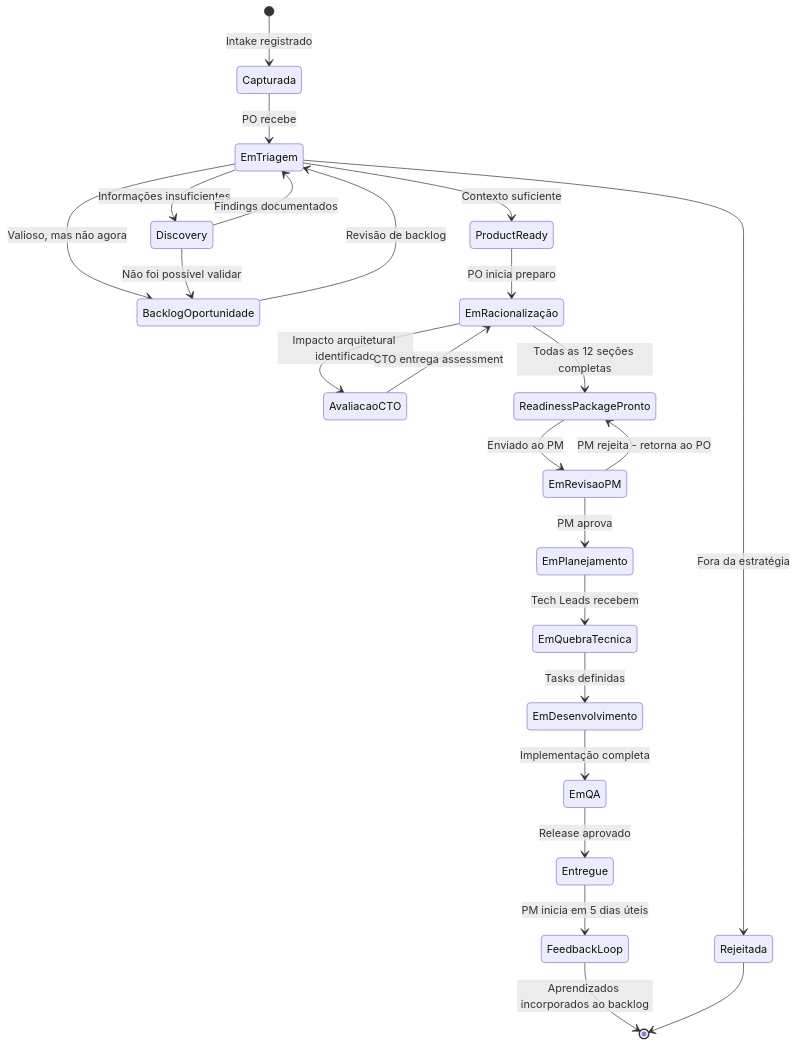
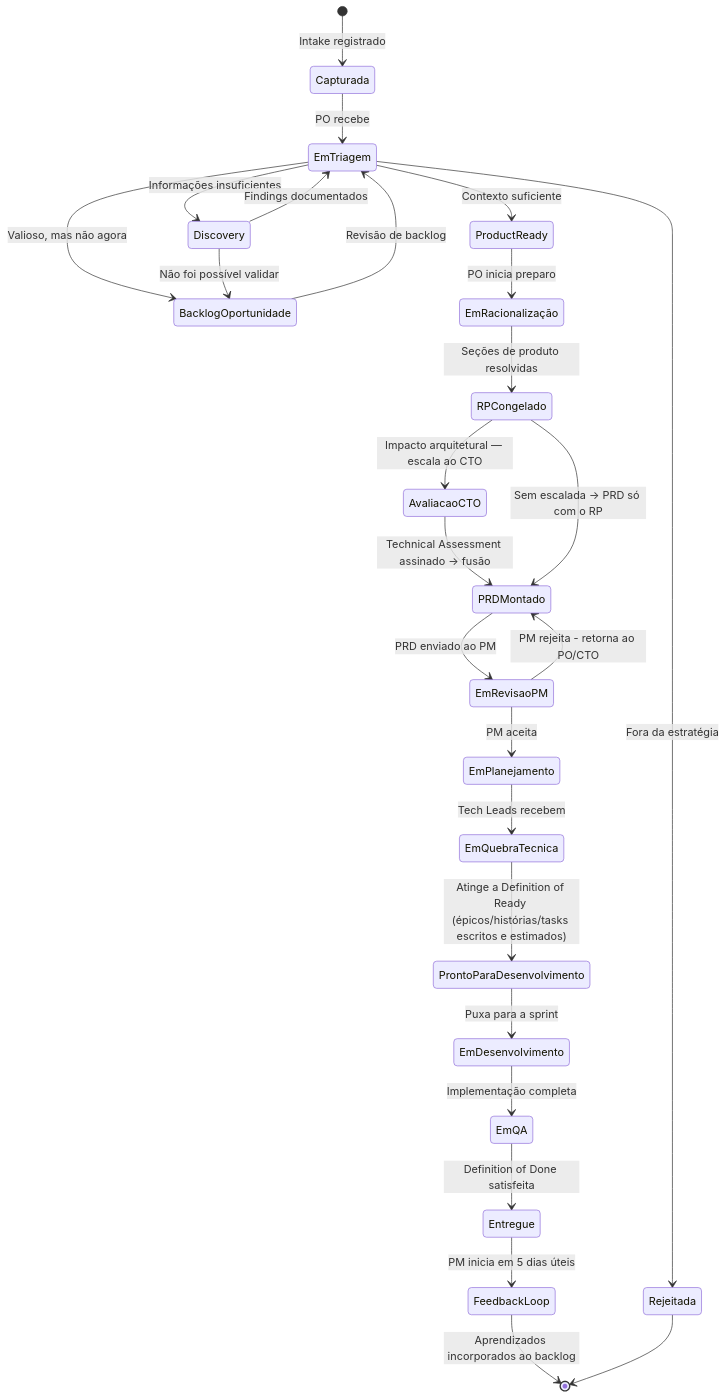
The ninth of 11 diagrams in README.md (hugo-hsbtech/teamwork-process), drawn with Mermaid before and after one commit. The commit also changed other lines of this file and 77 other files, not shown here.

````diff
--- a/README.md
+++ b/README.md
@@ -426,36 +446,37 @@
 ```mermaid
 stateDiagram-v2
     [*] --> Capturada : Intake registrado
 
     Capturada --> EmTriagem : PO recebe
 
     EmTriagem --> Rejeitada : Fora da estratégia
     EmTriagem --> BacklogOportunidade : Valioso, mas não agora
     EmTriagem --> Discovery : Informações insuficientes
     EmTriagem --> ProductReady : Contexto suficiente
 
     Discovery --> EmTriagem : Findings documentados
     Discovery --> BacklogOportunidade : Não foi possível validar
 
     ProductReady --> EmRacionalização : PO inicia preparo
 
-    EmRacionalização --> AvaliacaoCTO : Impacto arquitetural identificado
-    AvaliacaoCTO --> EmRacionalização : CTO entrega assessment
+    EmRacionalização --> RPCongelado : Seções de produto resolvidas
+    RPCongelado --> AvaliacaoCTO : Impacto arquitetural — escala ao CTO
+    AvaliacaoCTO --> PRDMontado : Technical Assessment assinado → fusão
+    RPCongelado --> PRDMontado : Sem escalada → PRD só com o RP
 
-    EmRacionalização --> ReadinessPackagePronto : Todas as 12 seções completas
-
-    ReadinessPackagePronto --> EmRevisaoPM : Enviado ao PM
-    EmRevisaoPM --> ReadinessPackagePronto : PM rejeita - retorna ao PO
-    EmRevisaoPM --> EmPlanejamento : PM aprova
+    PRDMontado --> EmRevisaoPM : PRD enviado ao PM
+    EmRevisaoPM --> PRDMontado : PM rejeita - retorna ao PO/CTO
+    EmRevisaoPM --> EmPlanejamento : PM aceita
 
     EmPlanejamento --> EmQuebraTecnica : Tech Leads recebem
-    EmQuebraTecnica --> EmDesenvolvimento : Tasks definidas
+    EmQuebraTecnica --> ProntoParaDesenvolvimento : Atinge a Definition of Ready (épicos/histórias/tasks escritos e estimados)
+    ProntoParaDesenvolvimento --> EmDesenvolvimento : Puxa para a sprint
     EmDesenvolvimento --> EmQA : Implementação completa
-    EmQA --> Entregue : Release aprovado
+    EmQA --> Entregue : Definition of Done satisfeita
 
     Entregue --> FeedbackLoop : PM inicia em 5 dias úteis
     FeedbackLoop --> [*] : Aprendizados incorporados ao backlog
 
     Rejeitada --> [*]
     BacklogOportunidade --> EmTriagem : Revisão de backlog
 ```
````
